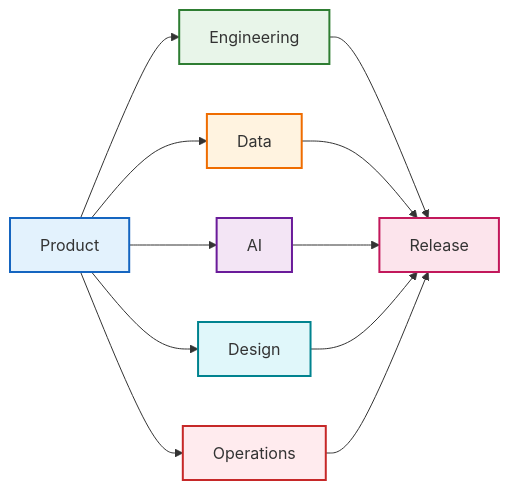
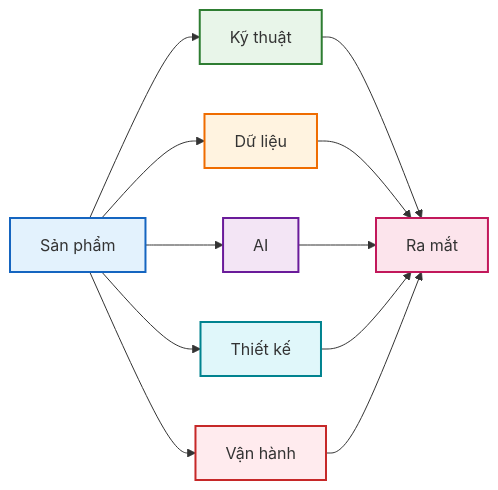
Before and after one commit to lamtquyen03/momo-product-engineering: the tenth of 11 diagrams in product-areas/sme-merchants-product-design.md, drawn with Mermaid. The commit also changed other lines of this file, not shown here.

````diff
--- a/product-areas/sme-merchants-product-design.md
+++ b/product-areas/sme-merchants-product-design.md
@@ -316,21 +316,21 @@
 ```mermaid
 graph LR
-    P["Product"] --> E["Engineering"]
-    P --> D["Data"]
+    P["Sản phẩm"] --> E["Kỹ thuật"]
+    P --> D["Dữ liệu"]
     P --> A["AI"]
-    P --> X["Design"]
-    P --> O["Operations"]
-    E --> R["Release"]
+    P --> X["Thiết kế"]
+    P --> O["Vận hành"]
+    E --> R["Ra mắt"]
     D --> R
     A --> R
     X --> R
     O --> R
 
     style P fill:#E3F2FD,stroke:#1565C0,stroke-width:2px
     style E fill:#E8F5E9,stroke:#2E7D32,stroke-width:2px
     style D fill:#FFF3E0,stroke:#EF6C00,stroke-width:2px
     style A fill:#F3E5F5,stroke:#6A1B9A,stroke-width:2px
     style X fill:#E0F7FA,stroke:#00838F,stroke-width:2px
     style O fill:#FFEBEE,stroke:#C62828,stroke-width:2px
     style R fill:#FCE4EC,stroke:#C2185B,stroke-width:2px
 ```
````
